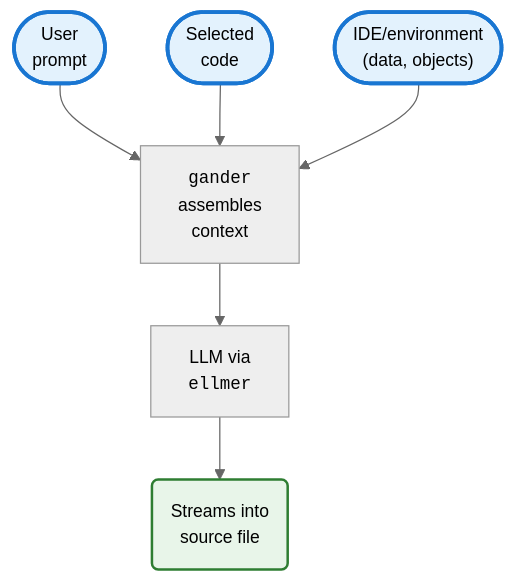
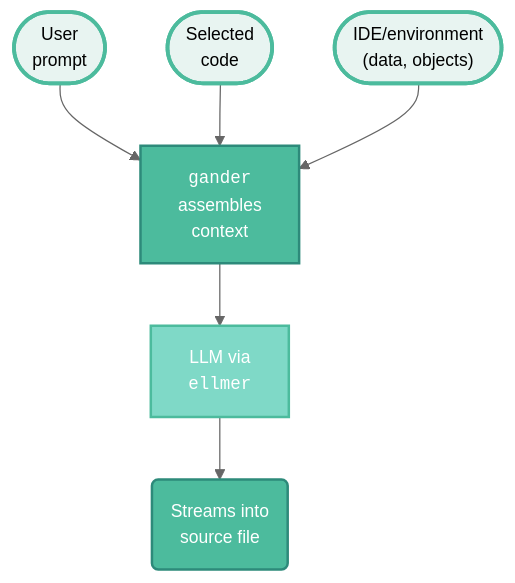
One commit to mjfrigaard/shiny-app-pkgs changed the diagram in gander.qmd. Above: the diagram before and after it, drawn with Mermaid.

Commit message:
Style mermaid diagram in gander.qmd with teal palette
- gander development workflow with context assembly
- Applied teal/light-teal color scheme

````diff
--- a/gander.qmd
+++ b/gander.qmd
@@ -247,21 +247,22 @@
 ```{mermaid}
 %%| fig-cap: 'gander development'
 %%| eval: true 
 %%| echo: false
 %%| fig-align: center
 %%{init: {'theme': 'neutral', 'themeVariables': { 'fontFamily': 'monospace', "fontSize":"14px"}}}%%
 
 flowchart TD
     User(["User<br>prompt"]) --> Gander["<code>gander</code><br>assembles<br>context"]
     Selection(["Selected<br>code"]) --> Gander
     EnvSnapshot(["IDE/environment<br>(data, objects)"]) --> Gander
     Gander --> LLM["LLM via<br><code>ellmer</code>"]
     LLM --> Insert("Streams into<br>source file")
-    
-    style User fill:#e3f2fd,stroke:#1976d2,stroke-width:3px,color:#000
-    style Selection fill:#e3f2fd,stroke:#1976d2,stroke-width:3px,color:#000
-    style EnvSnapshot fill:#e3f2fd,stroke:#1976d2,stroke-width:3px,color:#000
-    
-    style Insert fill:#e8f5e9,stroke:#2e7d32,stroke-width:2px,color:#000
-    
+
+    style User fill:#e8f4f1,stroke:#4CBB9D,stroke-width:3px,color:#000
+    style Selection fill:#e8f4f1,stroke:#4CBB9D,stroke-width:3px,color:#000
+    style EnvSnapshot fill:#e8f4f1,stroke:#4CBB9D,stroke-width:3px,color:#000
+    style Gander fill:#4CBB9D,stroke:#2d8a7a,stroke-width:2px,color:#fff
+    style LLM fill:#7fd9c7,stroke:#4CBB9D,stroke-width:2px,color:#fff
+    style Insert fill:#4CBB9D,stroke:#2d8a7a,stroke-width:2px,color:#fff
+
 ```
````
